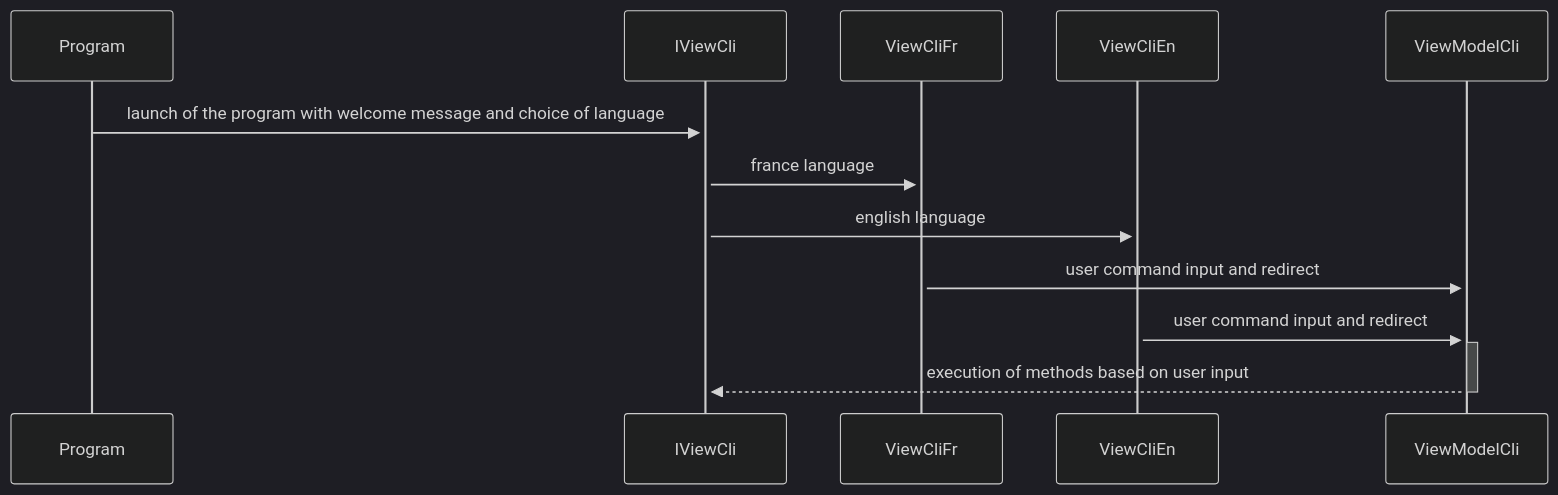
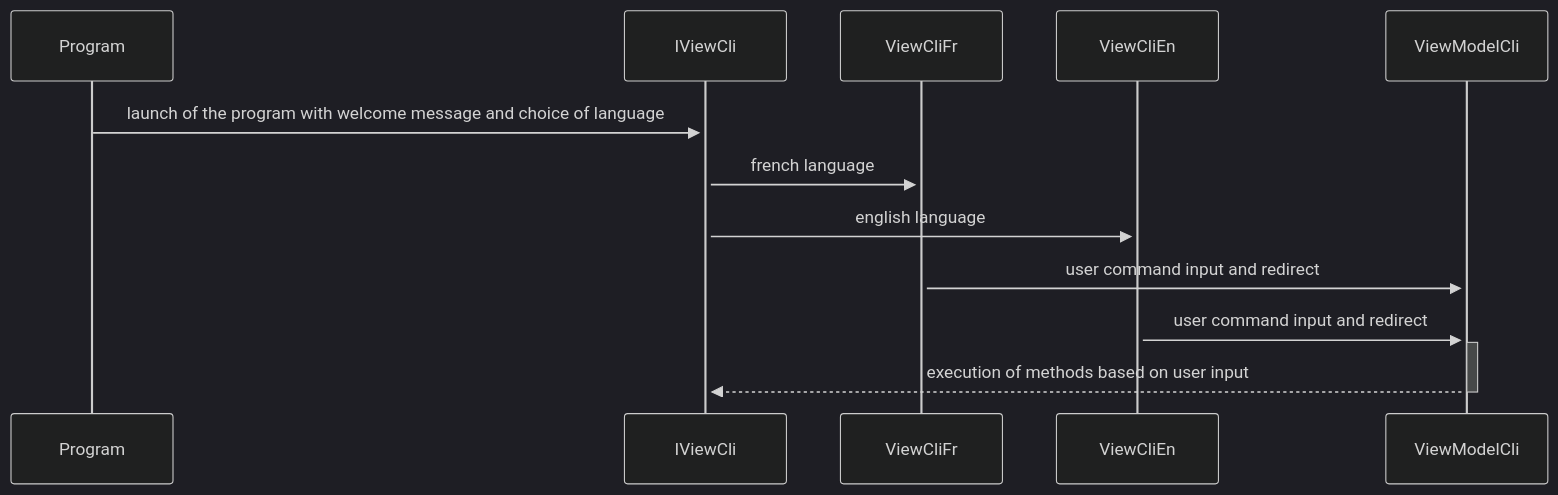
The diagram in DiagSequences/DiagSequenceView.md (mboss7/CesiProgSys), drawn with Mermaid (dark theme) before and after one commit.

Commit message:
commit diag sep view modif

````diff
--- a/DiagSequences/DiagSequenceView.md
+++ b/DiagSequences/DiagSequenceView.md
@@ -3,10 +3,10 @@
 ```mermaid
 sequenceDiagram 
 Program->>+IViewCli: launch of the program with welcome message and choice of language
-IViewCli->>+ViewCliFr: france language
+IViewCli->>+ViewCliFr: french language
 IViewCli->>+ViewCliEn: english language
 ViewCliFr->>+ViewModelCli: user command input and redirect
 ViewCliEn->>+ViewModelCli: user command input and redirect
 ViewModelCli-->>-IViewCli: execution of methods based on user input
 
 ```
````
